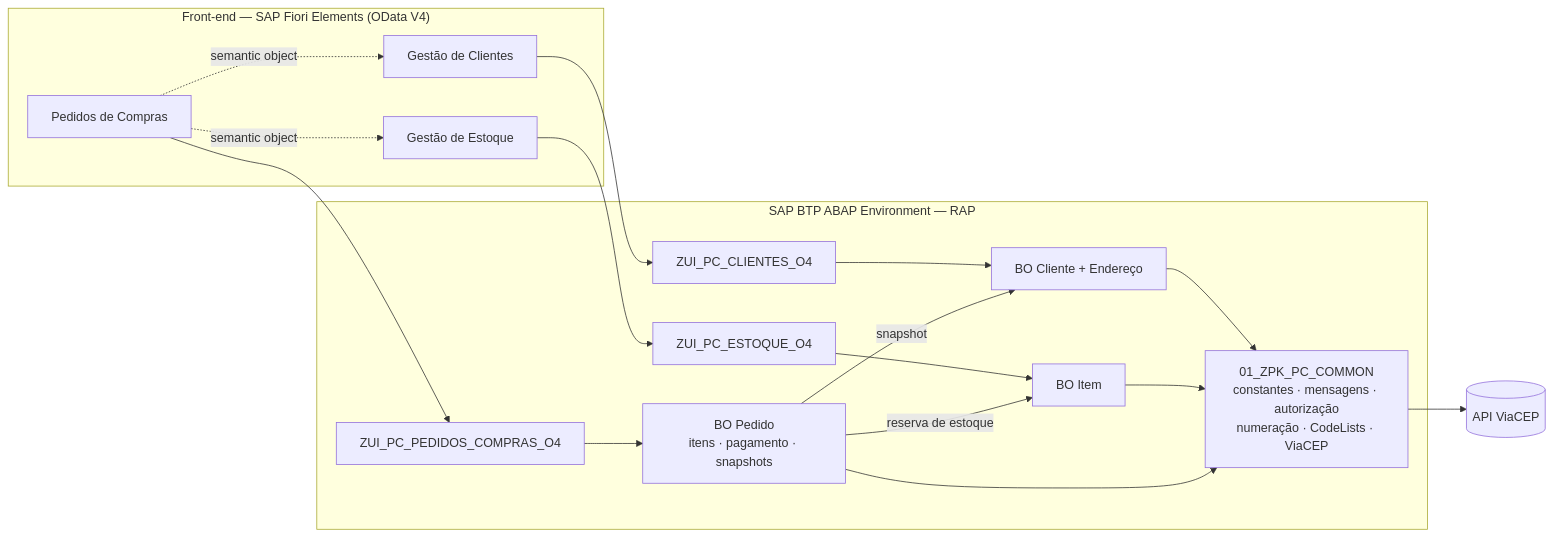
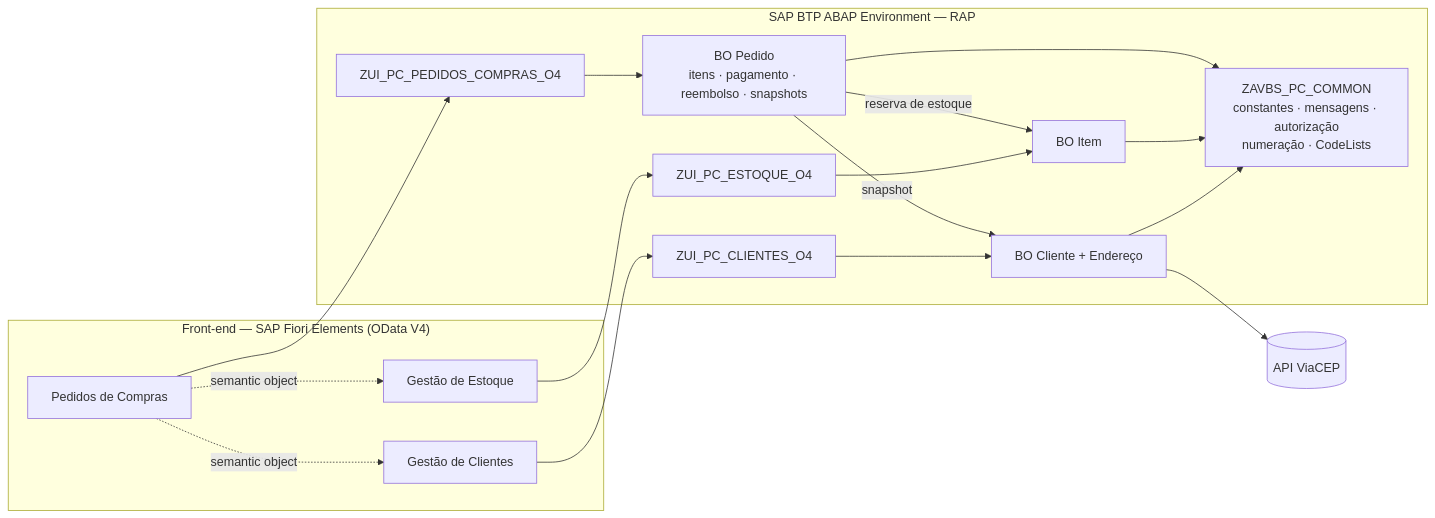
The first of 3 diagrams in README.md (AdrianoBispo/sap-abap-rap-pedidos-de-compras-app), drawn with Mermaid before and after one commit. The commit also changed other lines of this file and 319 other files, not shown here.

````diff
--- a/README.md
+++ b/README.md
@@ -130,27 +146,27 @@
 ```mermaid
 flowchart LR
     subgraph UI["Front-end — SAP Fiori Elements (OData V4)"]
         APPC["Gestão de Clientes"]
         APPE["Gestão de Estoque"]
         APPP["Pedidos de Compras"]
     end
 
     subgraph BTP["SAP BTP ABAP Environment — RAP"]
         SC["ZUI_PC_CLIENTES_O4"] --> BOC["BO Cliente + Endereço"]
         SE["ZUI_PC_ESTOQUE_O4"] --> BOI["BO Item"]
-        SP["ZUI_PC_PEDIDOS_COMPRAS_O4"] --> BOP["BO Pedido<br/>itens · pagamento · snapshots"]
-        COMMON["01_ZPK_PC_COMMON<br/>constantes · mensagens · autorização<br/>numeração · CodeLists · ViaCEP"]
+        SP["ZUI_PC_PEDIDOS_COMPRAS_O4"] --> BOP["BO Pedido<br/>itens · pagamento · reembolso · snapshots"]
+        COMMON["ZAVBS_PC_COMMON<br/>constantes · mensagens · autorização<br/>numeração · CodeLists"]
     end
 
     APPC --> SC
     APPE --> SE
     APPP --> SP
     APPP -. semantic object .-> APPC
     APPP -. semantic object .-> APPE
     BOP -- reserva de estoque --> BOI
     BOP -- snapshot --> BOC
     BOC --> COMMON
     BOI --> COMMON
     BOP --> COMMON
-    COMMON --> VIACEP[("API ViaCEP")]
+    BOC --> VIACEP[("API ViaCEP")]
 ```
````
